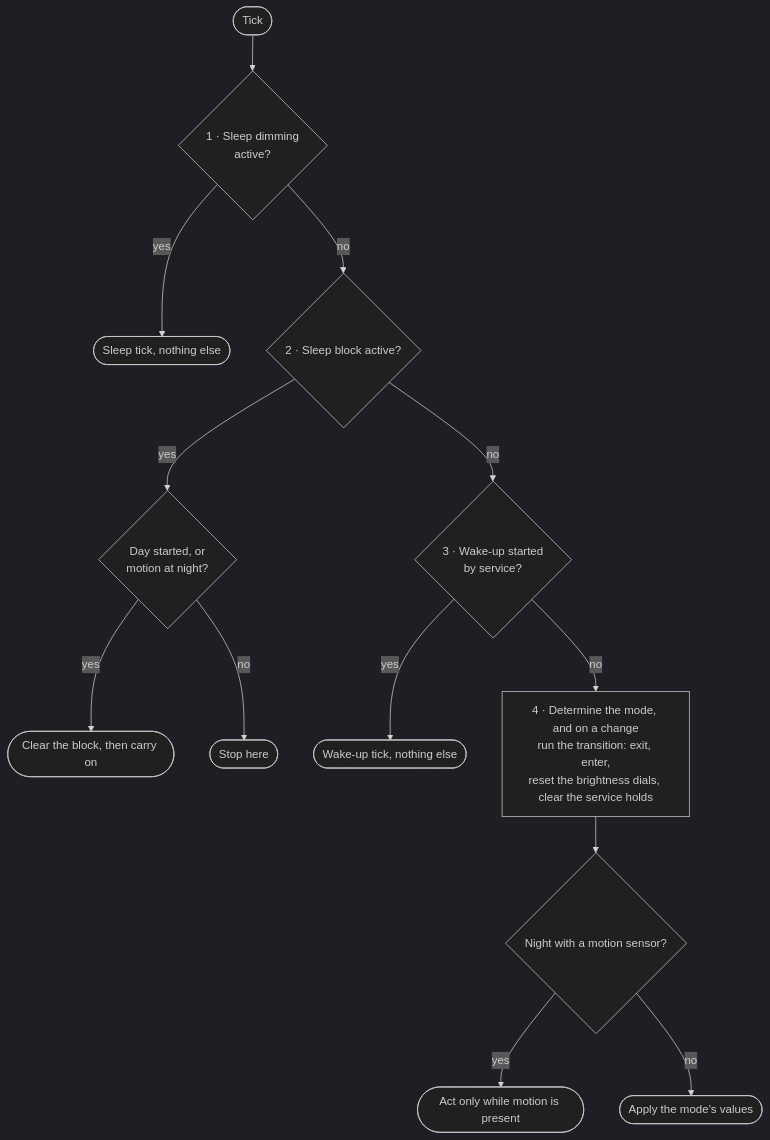
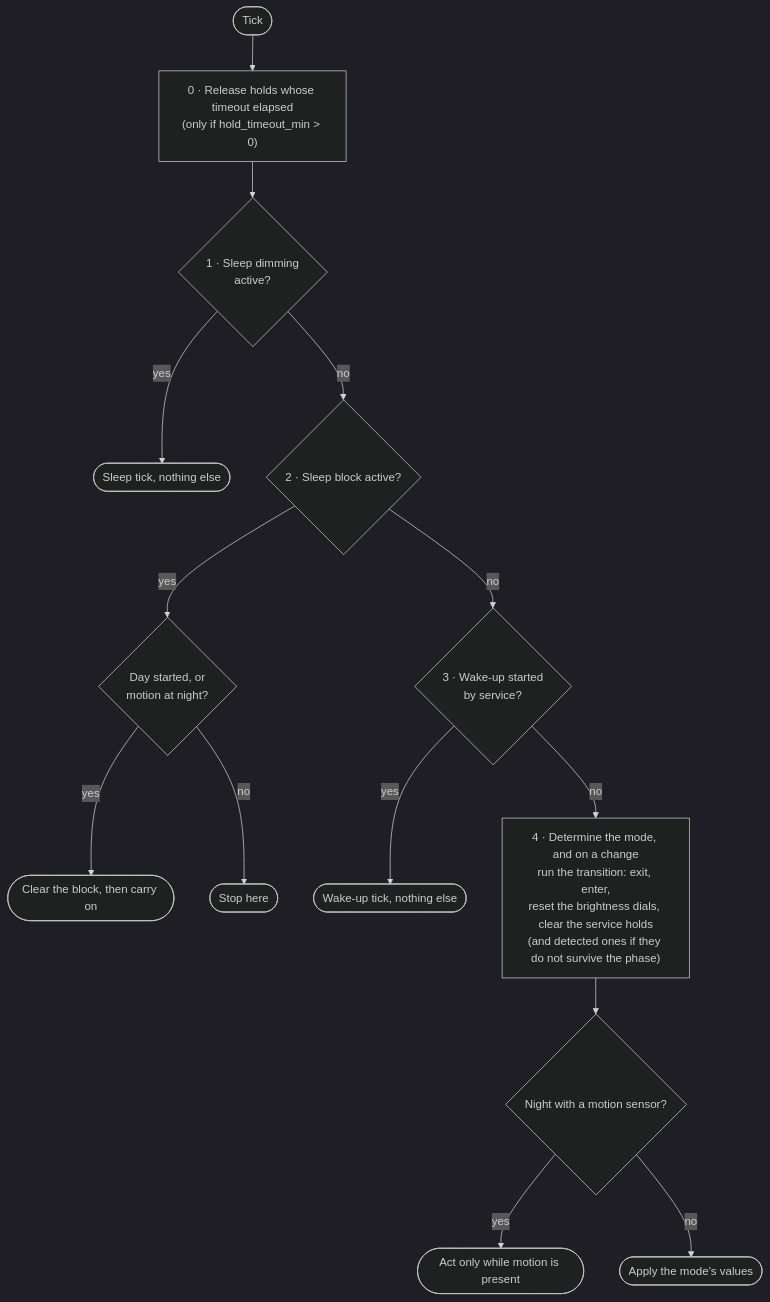
Before and after one commit to floriansp/daynight_lighting: the second of 6 diagrams in docs/FLOW.md, drawn with Mermaid (dark theme). The commit also changed other lines of this file and 74 other files, not shown here.

````diff
--- a/docs/FLOW.md
+++ b/docs/FLOW.md
@@ -42,15 +42,16 @@
 ```mermaid
 flowchart TD
-    tick([Tick]) --> p1{"1 · Sleep dimming<br/>active?"}
+    tick([Tick]) --> p0["0 · Release holds whose timeout elapsed<br/>(only if hold_timeout_min > 0)"]
+    p0 --> p1{"1 · Sleep dimming<br/>active?"}
     p1 -- yes --> s1([Sleep tick, nothing else])
     p1 -- no --> p2{"2 · Sleep block active?"}
     p2 -- yes --> p2b{"Day started, or<br/>motion at night?"}
     p2b -- yes --> s2([Clear the block, then carry on])
     p2b -- no --> s2b([Stop here])
     p2 -- no --> p3{"3 · Wake-up started<br/>by service?"}
     p3 -- yes --> s3([Wake-up tick, nothing else])
-    p3 -- no --> p4["4 · Determine the mode, and on a change<br/>run the transition: exit, enter,<br/>reset the brightness dials, clear the service holds"]
+    p3 -- no --> p4["4 · Determine the mode, and on a change<br/>run the transition: exit, enter,<br/>reset the brightness dials, clear the service holds<br/>(and detected ones if they do not survive the phase)"]
     p4 --> p5{"Night with a motion sensor?"}
     p5 -- yes --> s5([Act only while motion is present])
     p5 -- no --> s6([Apply the mode's values])
 ```
````
